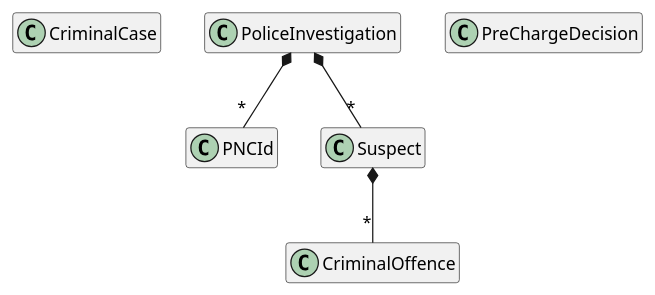
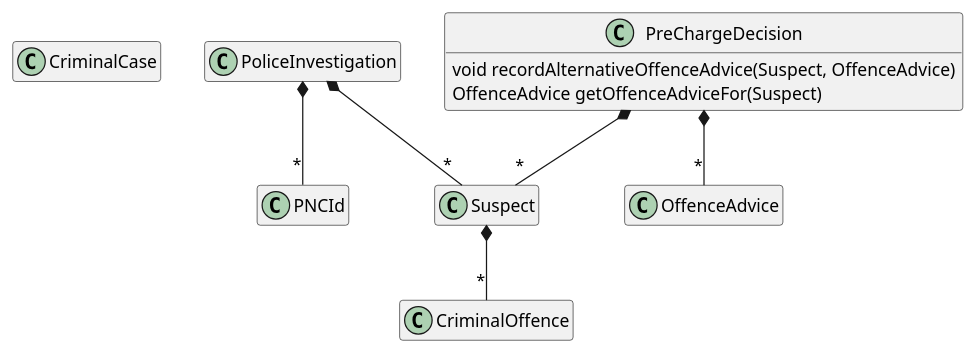
Before and after one commit to First-Steps-in-DDD-Community/first-steps-in-ddd-solutions: the diagram in docs/Domain-Model.puml, drawn with PlantUML.

Commit message:
Exercise 1 - DOCS - Update the diagram to show the new OffenceAdvice class and PreChargeDecision associations and functions.

```diff
--- a/docs/Domain-Model.puml
+++ b/docs/Domain-Model.puml
@@ -1,29 +1,38 @@
 @startuml
 hide empty members
 hide empty methods
 
 class CriminalCase {
 }
 
 class CriminalOffence {
 }
 
+class OffenceAdvice {
+}
+
 class PNCId {
 }
 
 class PoliceInvestigation {
 }
 
 class PreChargeDecision {
+    void recordAlternativeOffenceAdvice(Suspect, OffenceAdvice)
+    OffenceAdvice getOffenceAdviceFor(Suspect)
 }
 
 class Suspect    {
 }
 
 Suspect *-- "*" CriminalOffence
 
 PoliceInvestigation *-- "*" Suspect
 
 PoliceInvestigation *-- "*" PNCId
 
+PreChargeDecision *-- "*" Suspect
+
+PreChargeDecision *-- "*" OffenceAdvice
+
 @enduml
```
